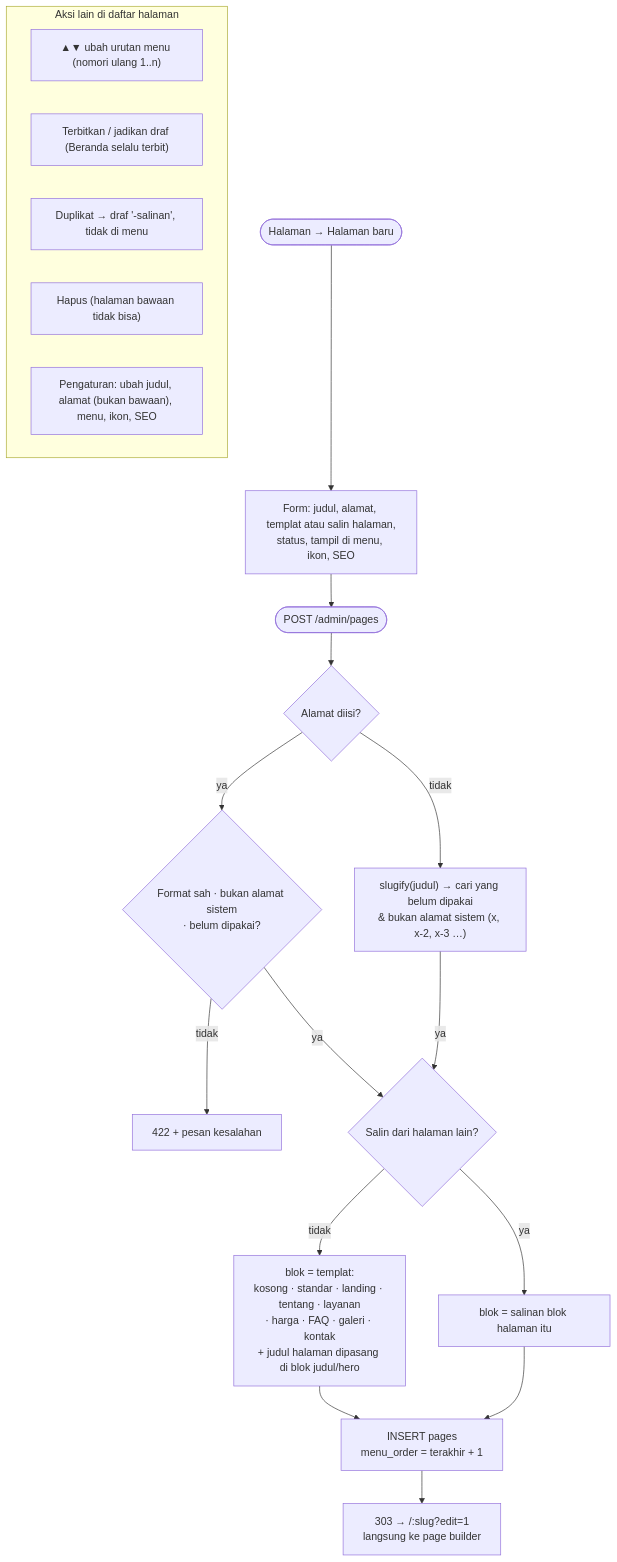
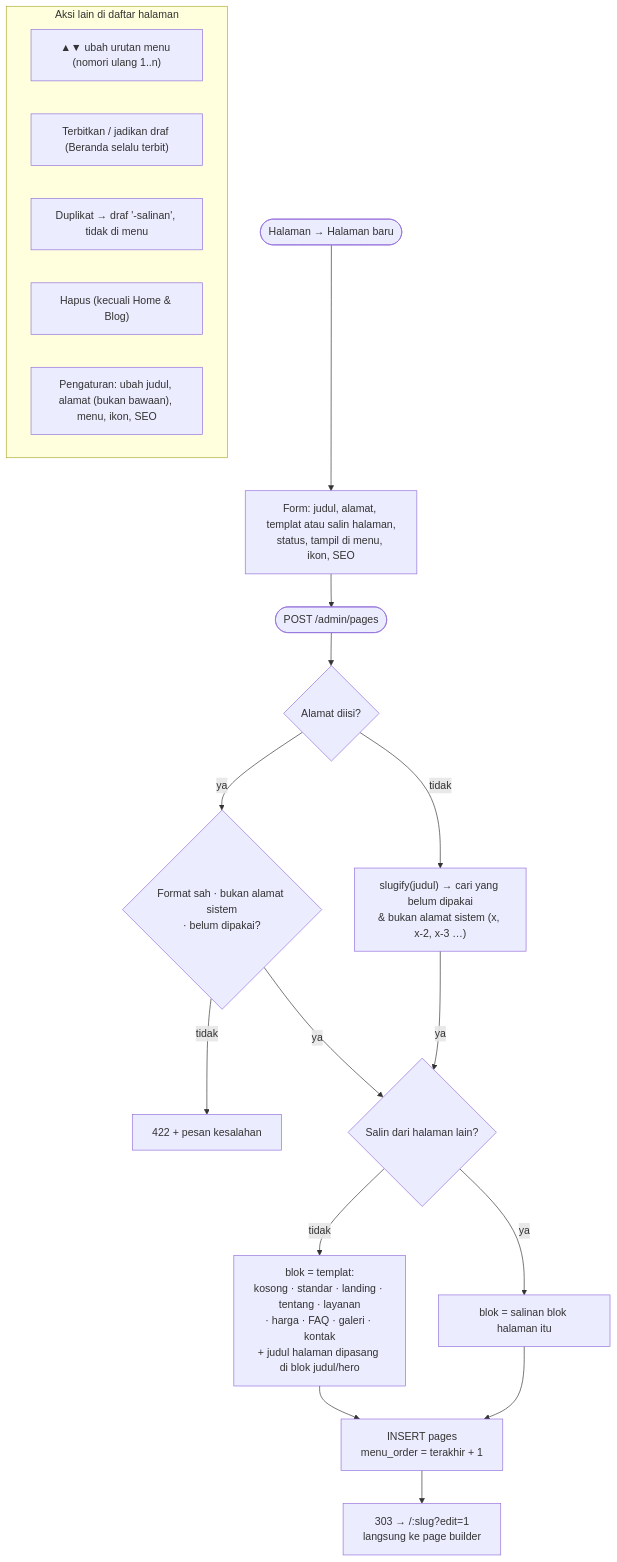
One commit to alvarezyrh/DCMS changed the ninth of 15 diagrams in README.md. Above: the diagram before and after it, drawn with Mermaid. The commit also changed other lines of this file, not shown here.

````diff
--- a/README.md
+++ b/README.md
@@ -439,22 +458,22 @@
 ```mermaid
 flowchart TD
     N(["Halaman → Halaman baru"]) --> FM["Form: judul, alamat, templat atau salin halaman,<br/>status, tampil di menu, ikon, SEO"]
     FM --> SB(["POST /admin/pages"])
     SB --> SL{"Alamat diisi?"}
     SL -- tidak --> AU["slugify(judul) → cari yang belum dipakai<br/>& bukan alamat sistem (x, x-2, x-3 …)"]
     SL -- ya --> VS{"Format sah · bukan alamat sistem<br/>· belum dipakai?"}
     VS -- tidak --> ER["422 + pesan kesalahan"]
     AU & VS -- ya --> SRC{"Salin dari halaman lain?"}
     SRC -- ya --> CP["blok = salinan blok halaman itu"]
     SRC -- tidak --> TP["blok = templat:<br/>kosong · standar · landing · tentang · layanan<br/>· harga · FAQ · galeri · kontak<br/>+ judul halaman dipasang di blok judul/hero"]
     CP & TP --> INS["INSERT pages<br/>menu_order = terakhir + 1"]
     INS --> GO["303 → /:slug?edit=1<br/>langsung ke page builder"]
 
     subgraph Kelola["Aksi lain di daftar halaman"]
         K1["▲▼ ubah urutan menu (nomori ulang 1..n)"]
         K2["Terbitkan / jadikan draf (Beranda selalu terbit)"]
         K3["Duplikat → draf '-salinan', tidak di menu"]
-        K4["Hapus (halaman bawaan tidak bisa)"]
+        K4["Hapus (kecuali Home & Blog)"]
         K5["Pengaturan: ubah judul, alamat (bukan bawaan), menu, ikon, SEO"]
     end
 ```
````
